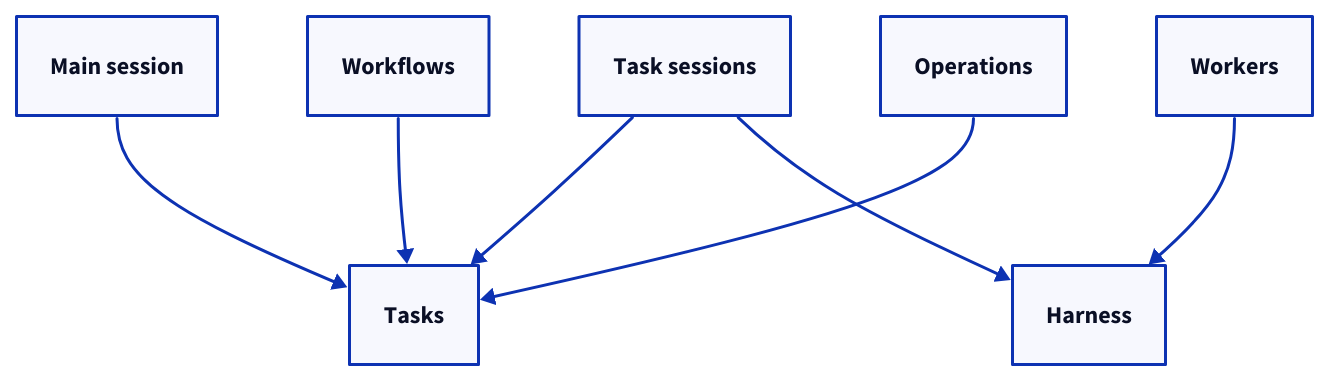
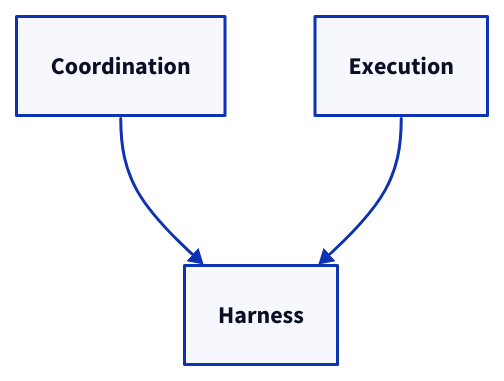
The fourth of 5 diagrams in specs/concorde/module.md (FTOD/concorde), drawn with D2 before and after one commit. The commit also changed other lines of this file and 339 other files, not shown here.

First line of the commit message:
Decouple the task level from the execution core through a workspace binding

````diff
--- a/specs/concorde/module.md
+++ b/specs/concorde/module.md
@@ -209,15 +246,7 @@
-```d2
-main: Main session
-task: Task sessions
-workflows: Workflows
-operations: Operations
-workers: Workers
-tasks: Tasks
+```d2 illustrative
+coordination: Coordination
+execution: Execution
 harness: Harness
-main -> tasks
-task -> tasks
-workflows -> tasks
-operations -> tasks
-task -> harness
-workers -> harness
+coordination -> harness
+execution -> harness
 ```
````
